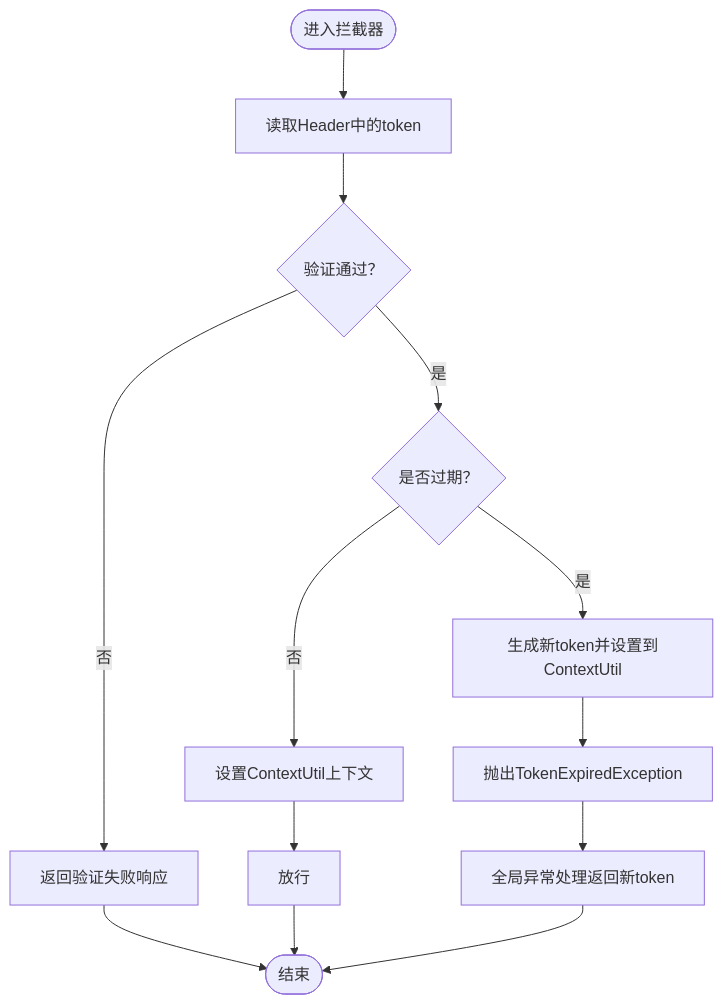
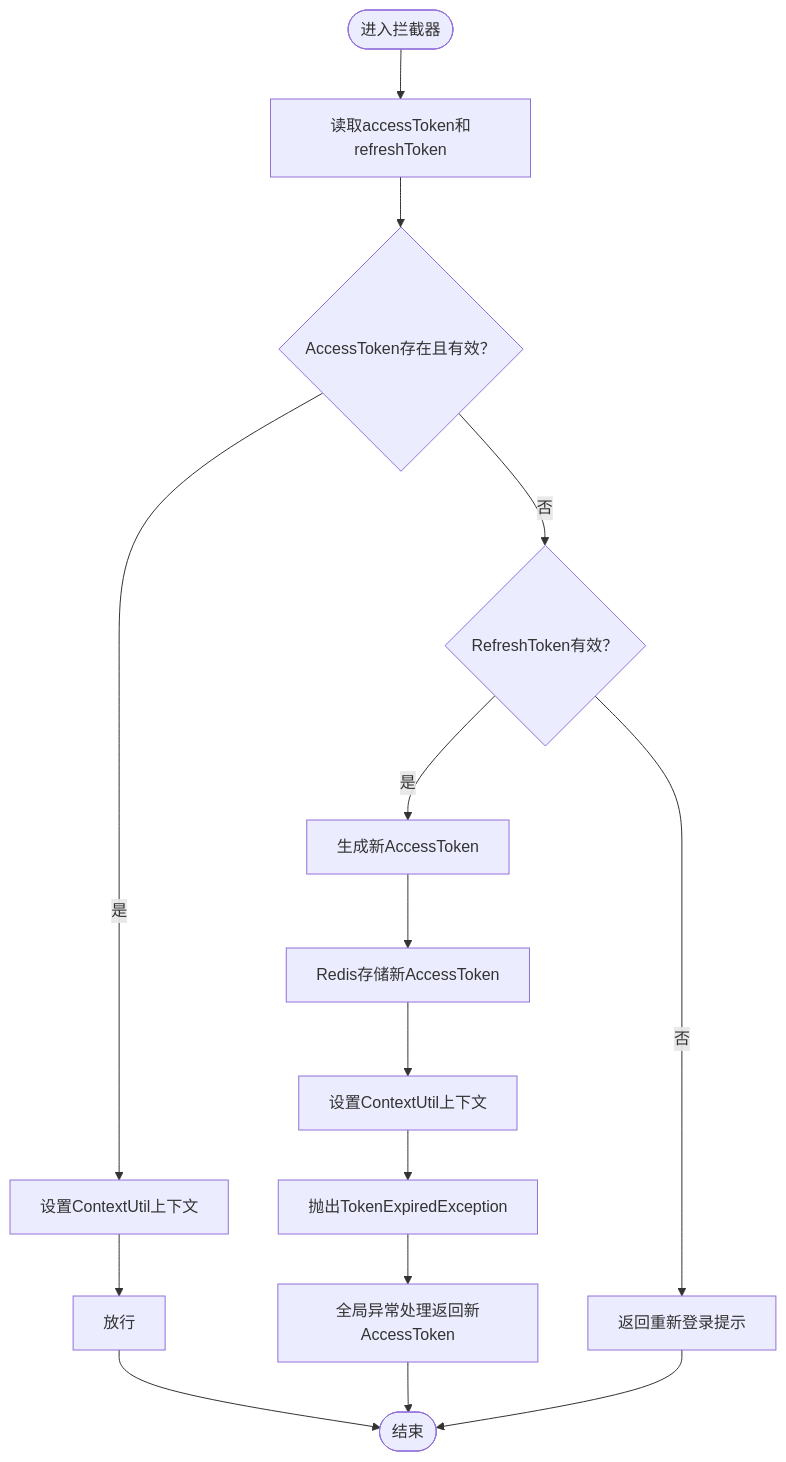
One commit to liftp/chat_simple changed the seventh of 10 diagrams in .qoder/repowiki/zh/content/安全与认证/JWT认证机制.md. Above: the diagram before and after it, drawn with Mermaid. The commit also changed other lines of this file and 6 other files, not shown here.

````diff
--- a/.qoder/repowiki/zh/content/安全与认证/JWT认证机制.md
+++ b/.qoder/repowiki/zh/content/安全与认证/JWT认证机制.md
@@ -237,13 +301,16 @@
 ```mermaid
 flowchart TD
-Start(["进入拦截器"]) --> ReadToken["读取Header中的token"]
-ReadToken --> Verify{"验证通过？"}
-Verify --> |否| Fail["返回验证失败响应"]
-Verify --> |是| Expired{"是否过期？"}
-Expired --> |否| SetCtx["设置ContextUtil上下文"] --> Allow["放行"]
-Expired --> |是| Renew["生成新token并设置到ContextUtil"] --> Throw["抛出TokenExpiredException"]
-Throw --> Global["全局异常处理返回新token"]
-Fail --> End(["结束"])
-Allow --> End
+Start(["进入拦截器"]) --> ReadTokens["读取accessToken和refreshToken"]
+ReadTokens --> CheckAccessToken{"AccessToken存在且有效？"}
+CheckAccessToken --> |是| SetCtx["设置ContextUtil上下文"] --> Allow["放行"]
+CheckAccessToken --> |否| CheckRefreshToken{"RefreshToken有效？"}
+CheckRefreshToken --> |是| CreateNewAT["生成新AccessToken"]
+CreateNewAT --> StoreAT["Redis存储新AccessToken"]
+StoreAT --> SetCtx2["设置ContextUtil上下文"]
+SetCtx2 --> Throw["抛出TokenExpiredException"]
+Throw --> Global["全局异常处理返回新AccessToken"]
+CheckRefreshToken --> |否| NeedLogin["返回重新登录提示"]
+Allow --> End(["结束"])
 Global --> End
+NeedLogin --> End
 ```
````
